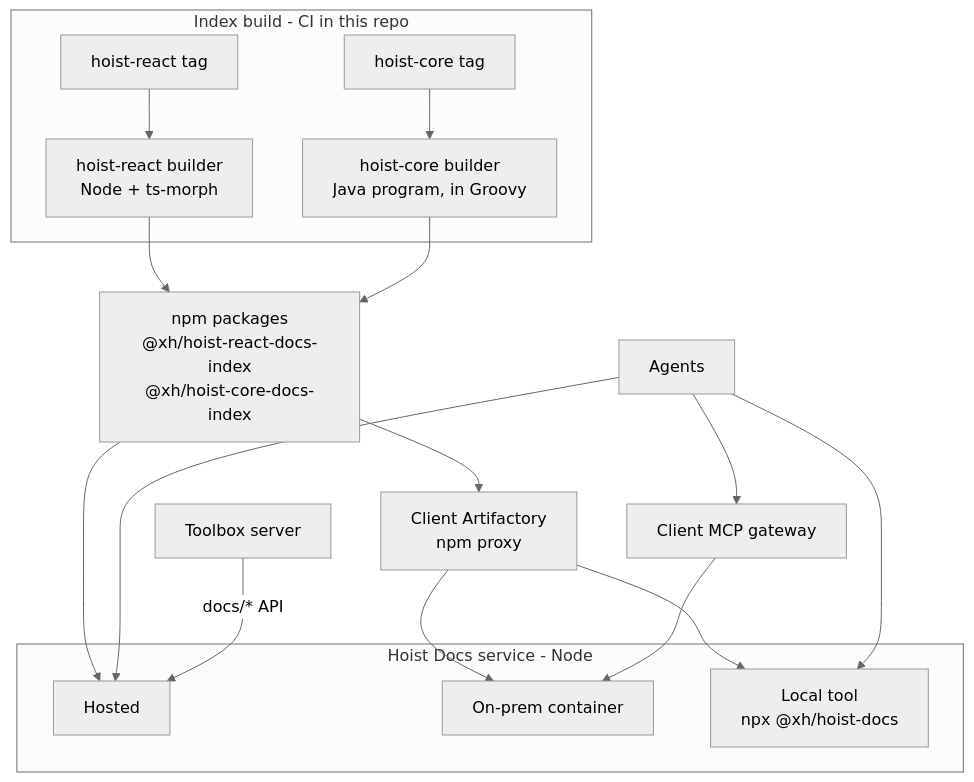
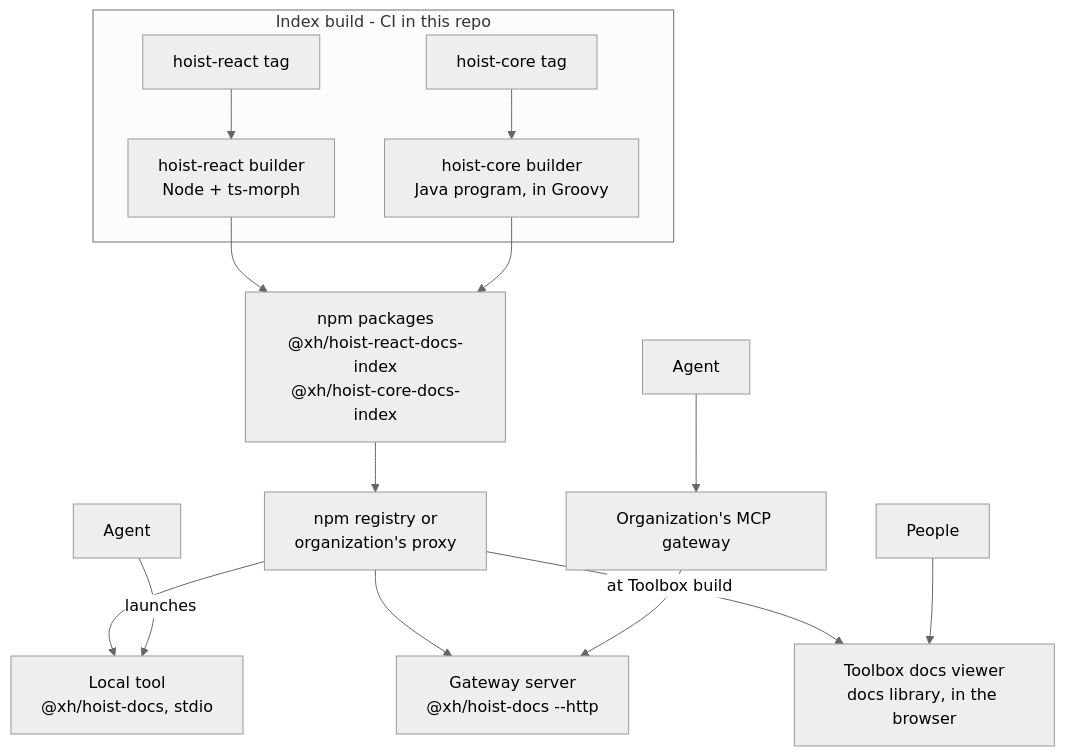
The diagram in docs/design.md (xh/hoist-docs), drawn with Mermaid (neutral theme) before and after one commit. The commit also changed other lines of this file and 30 other files, not shown here.

First line of the commit message:
Move index builders here, fix hoist-core member index, plan local tool

````diff
--- a/docs/design.md
+++ b/docs/design.md
@@ -107,23 +125,16 @@
 ```mermaid
 flowchart TB
     subgraph B[Index build - CI in this repo]
         RT[hoist-react tag] --> RB[hoist-react builder<br/>Node + ts-morph]
         CT[hoist-core tag] --> CB[hoist-core builder<br/>Java program, in Groovy]
     end
     RB --> P
     CB --> P
-    P[npm packages<br/>@xh/hoist-react-docs-index<br/>@xh/hoist-core-docs-index] --> AF[Client Artifactory<br/>npm proxy]
-    P --> H
-    AF --> O
-    AF --> LT
-    subgraph S[Hoist Docs service - Node]
-        H[Hosted]
-        O[On-prem container]
-        LT[Local tool<br/>npx @xh/hoist-docs]
-    end
-    G[Client MCP gateway] --> O
-    A[Agents] --> G
-    A --> LT
-    A --> H
-    T[Toolbox server] -->|docs/* API| H
+    P[npm packages<br/>@xh/hoist-react-docs-index<br/>@xh/hoist-core-docs-index] --> R[npm registry or<br/>organization's proxy]
+    R --> LT[Local tool<br/>@xh/hoist-docs, stdio]
+    R --> GS[Gateway server<br/>@xh/hoist-docs --http]
+    R -->|at Toolbox build| TB[Toolbox docs viewer<br/>docs library, in the browser]
+    A[Agent] -->|launches| LT
+    A2[Agent] --> G[Organization's MCP gateway] --> GS
+    U[People] --> TB
 ```
````
